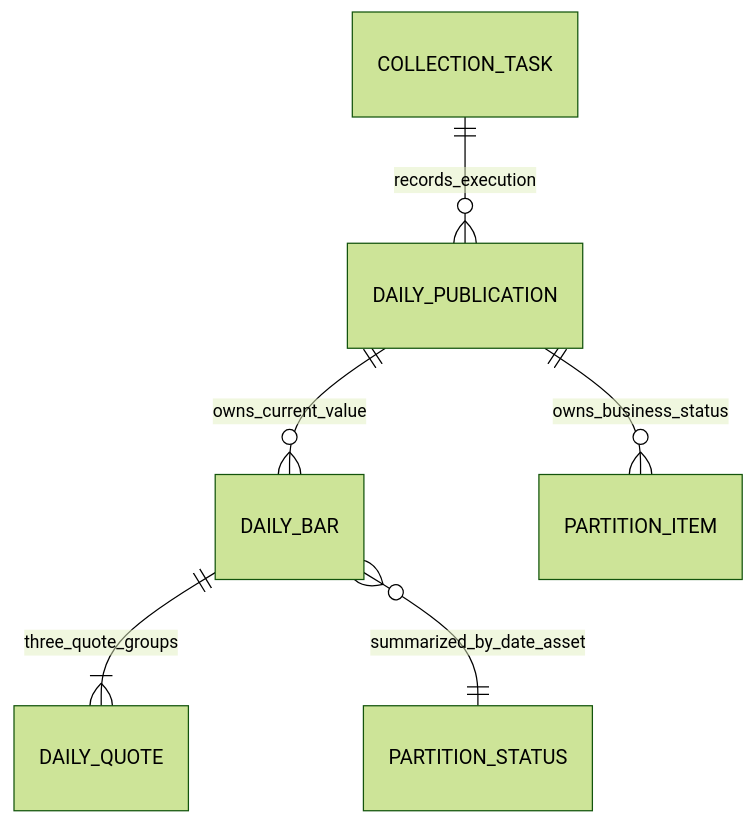
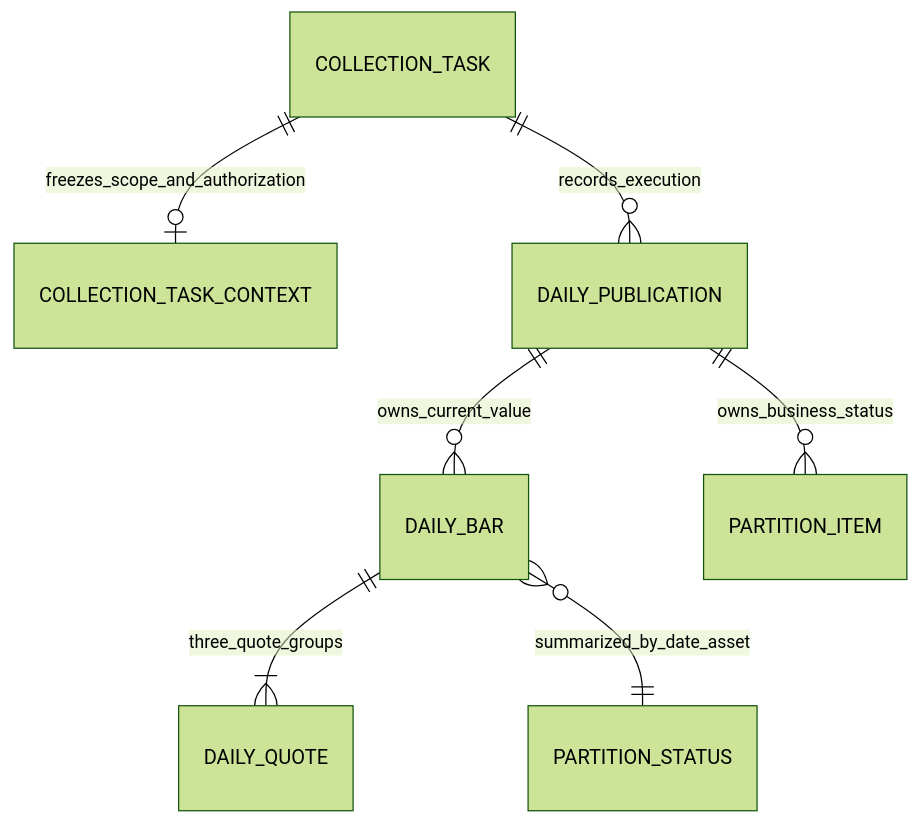
Before and after one commit to fewhg3yhjt/stock_data_manage: the first of 5 diagrams in docs/storage/README.md, drawn with Mermaid (forest theme). The commit also changed other lines of this file and 30 other files, not shown here.

````diff
--- a/docs/storage/README.md
+++ b/docs/storage/README.md
@@ -33,8 +36,9 @@
 ```mermaid
 erDiagram
+  COLLECTION_TASK ||--o| COLLECTION_TASK_CONTEXT : freezes_scope_and_authorization
   COLLECTION_TASK ||--o{ DAILY_PUBLICATION : records_execution
   DAILY_PUBLICATION ||--o{ DAILY_BAR : owns_current_value
   DAILY_PUBLICATION ||--o{ PARTITION_ITEM : owns_business_status
   DAILY_BAR ||--|{ DAILY_QUOTE : three_quote_groups
   DAILY_BAR }o--|| PARTITION_STATUS : summarized_by_date_asset
 ```
````
